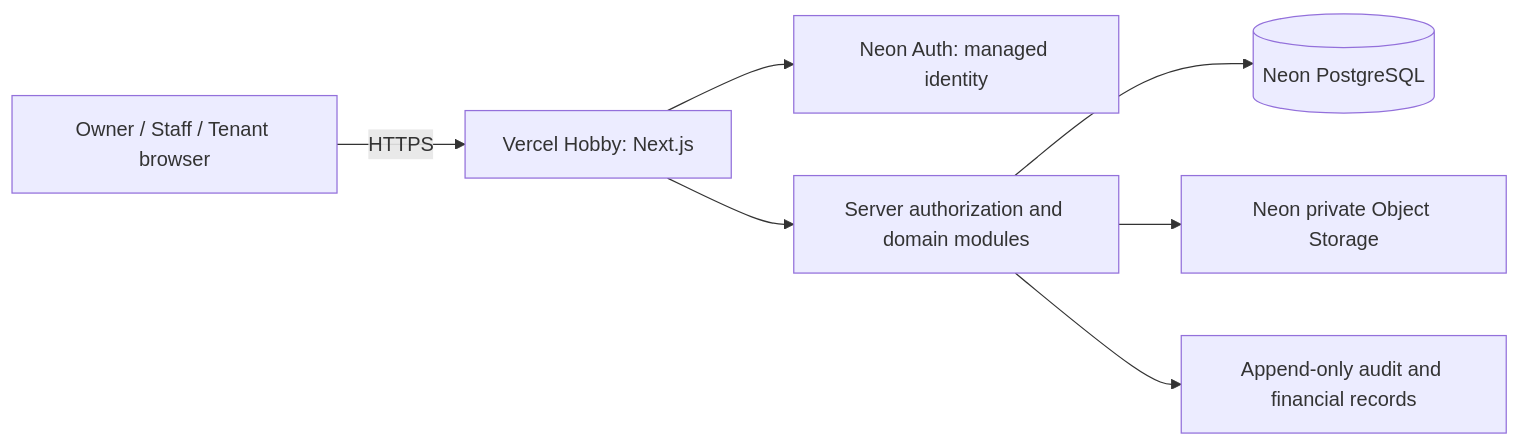
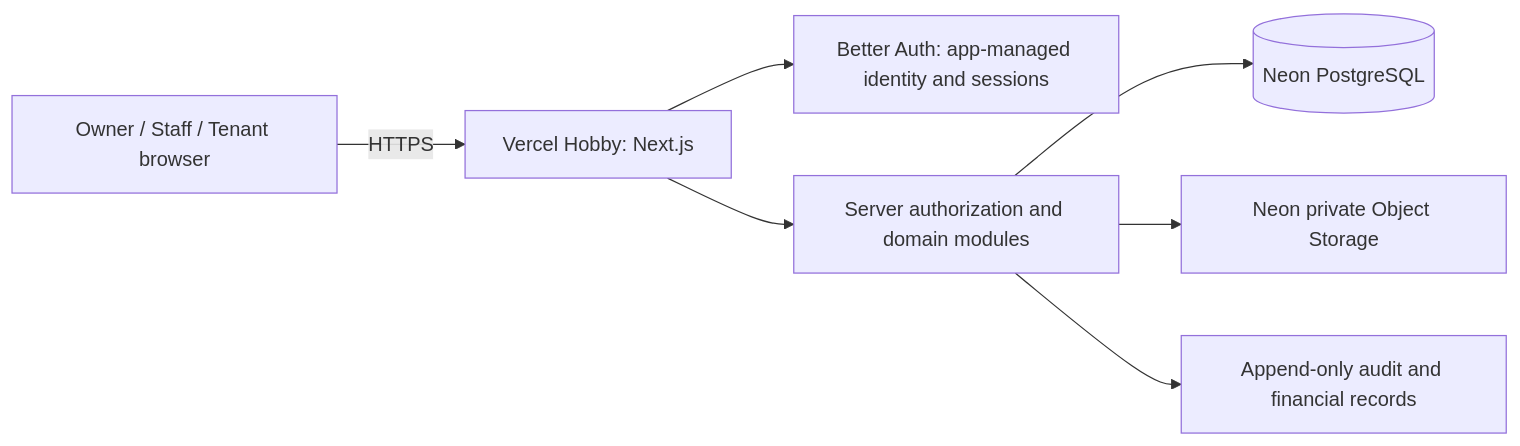
Before and after one commit to nothingser0/rumakost: the first of 2 diagrams in docs/specs/FSD.md, drawn with Mermaid. The commit also changed other lines of this file and 85 other files, not shown here.

Commit message:
feat(m06): complete Better Auth runtime and backend tasks

````diff
--- a/docs/specs/FSD.md
+++ b/docs/specs/FSD.md
@@ -26,9 +26,9 @@
 ```mermaid
 flowchart LR
   U[Owner / Staff / Tenant browser] -->|HTTPS| V[Vercel Hobby: Next.js]
-  V --> A[Neon Auth: managed identity]
+  V --> A[Better Auth: app-managed identity and sessions]
   V --> D[Server authorization and domain modules]
   D --> P[(Neon PostgreSQL)]
   D --> O[Neon private Object Storage]
   D --> L[Append-only audit and financial records]
 ```
````
